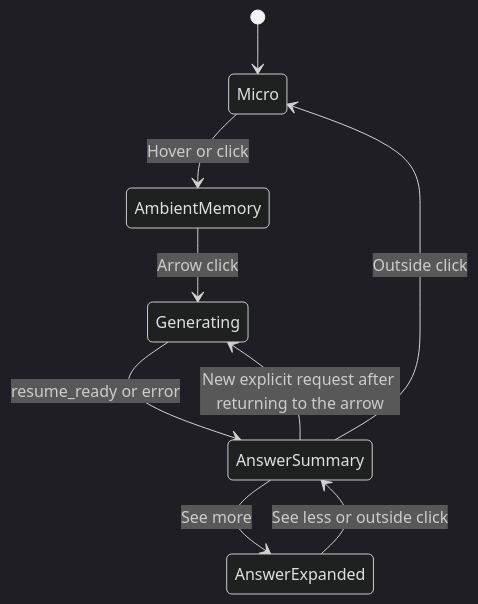
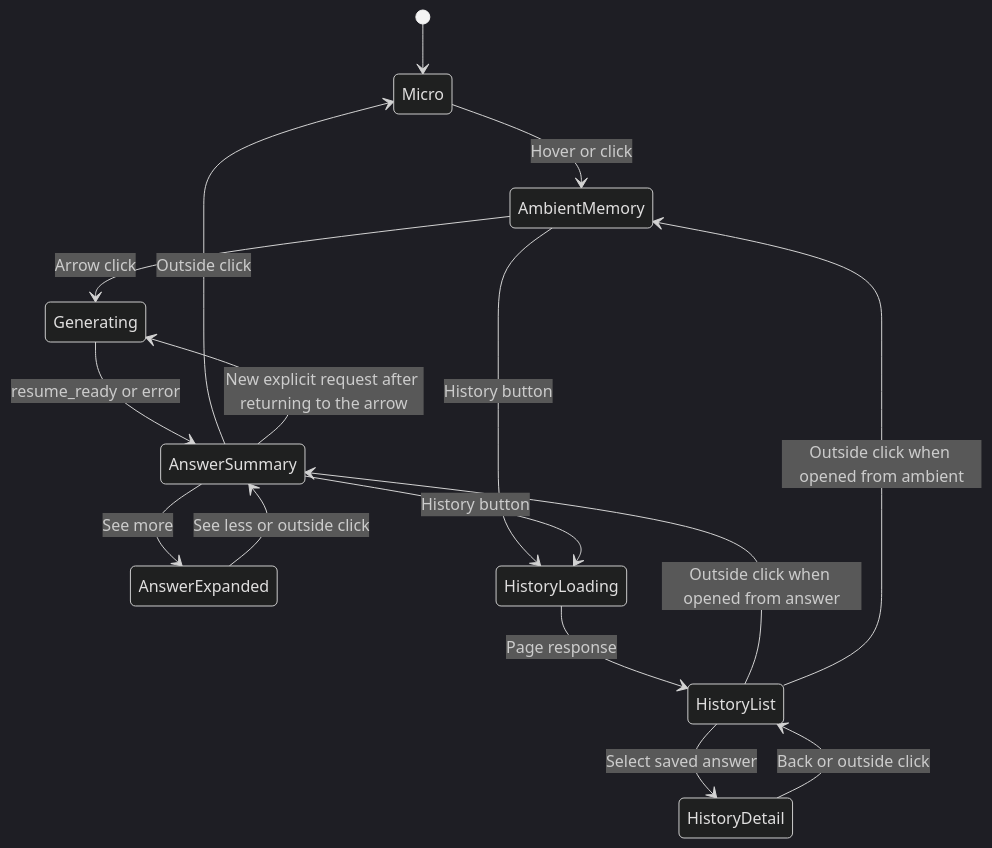
The diagram in docs/current-island-ui-ux.md (Anushlinux/smalltalk), drawn with Mermaid (dark theme) before and after one commit. The commit also changed other lines of this file and 20 other files, not shown here.

Commit message:
Refactor continuation flow and simplify desktop app architecture

````diff
--- a/docs/current-island-ui-ux.md
+++ b/docs/current-island-ui-ux.md
@@ -58,11 +61,18 @@
 ```mermaid
 stateDiagram-v2
     [*] --> Micro
     Micro --> AmbientMemory: Hover or click
     AmbientMemory --> Generating: Arrow click
     Generating --> AnswerSummary: resume_ready or error
     AnswerSummary --> AnswerExpanded: See more
     AnswerSummary --> Micro: Outside click
     AnswerExpanded --> AnswerSummary: See less or outside click
+    AmbientMemory --> HistoryLoading: History button
+    AnswerSummary --> HistoryLoading: History button
+    HistoryLoading --> HistoryList: Page response
+    HistoryList --> HistoryDetail: Select saved answer
+    HistoryDetail --> HistoryList: Back or outside click
+    HistoryList --> AnswerSummary: Outside click when opened from answer
+    HistoryList --> AmbientMemory: Outside click when opened from ambient
     AnswerSummary --> Generating: New explicit request after returning to the arrow
 ```
````
